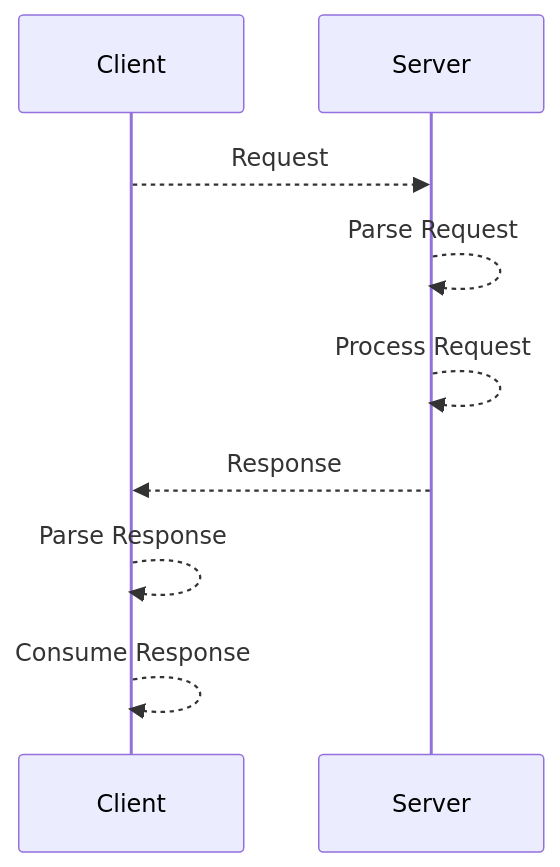
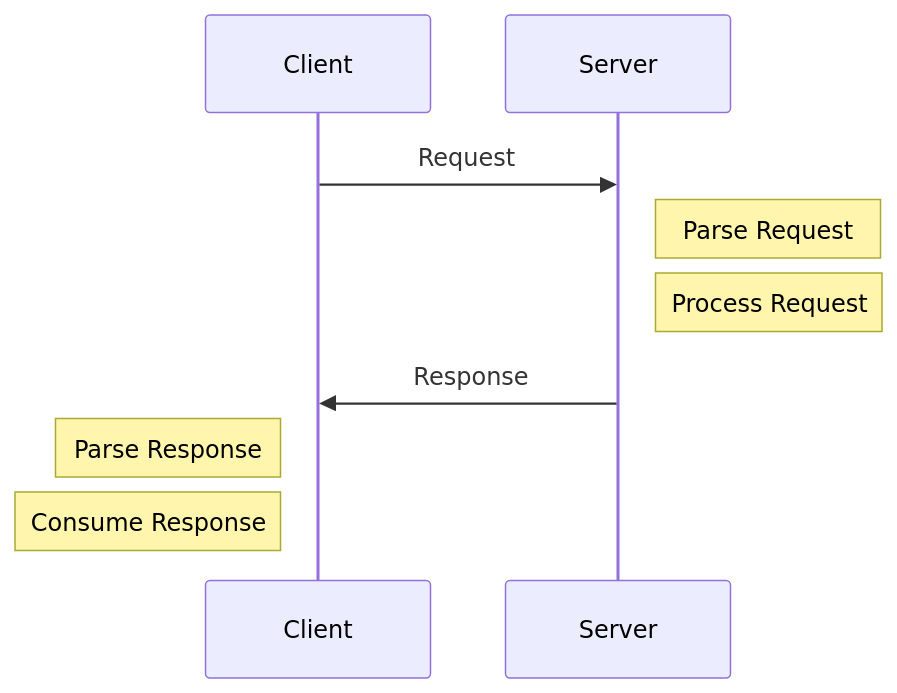
The second of 2 diagrams in Section02_02_Request-Response.md (yhames/backend-study), drawn with Mermaid before and after one commit. The commit also changed 9 other files, not shown here.

````diff
--- a/Section02_02_Request-Response.md
+++ b/Section02_02_Request-Response.md
@@ -24,11 +24,11 @@
 ```mermaid
 sequenceDiagram
     participant Client
     participant Server
-    Client-->>Server: Request
-    Server-->>Server: Parse Request
-    Server-->>Server: Process Request
-    Server-->>Client: Response
-    Client-->>Client: Parse Response
-    Client-->>Client: Consume Response
+    Client->>Server: Request
+    Note right of Server: Parse Request
+    Note right of Server: Process Request
+    Server->>Client: Response
+    Note left of Client: Parse Response
+    Note left of Client: Consume Response
 ```
````
